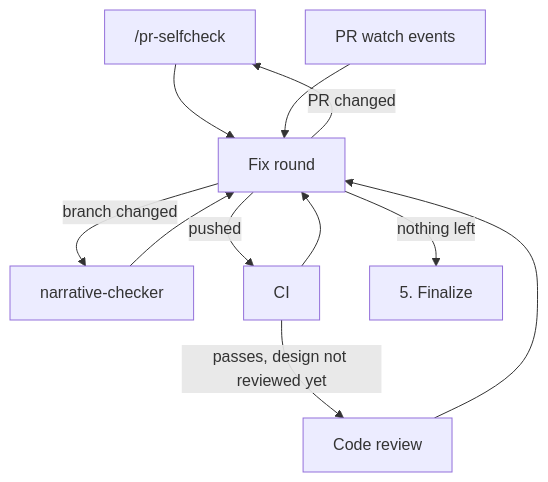
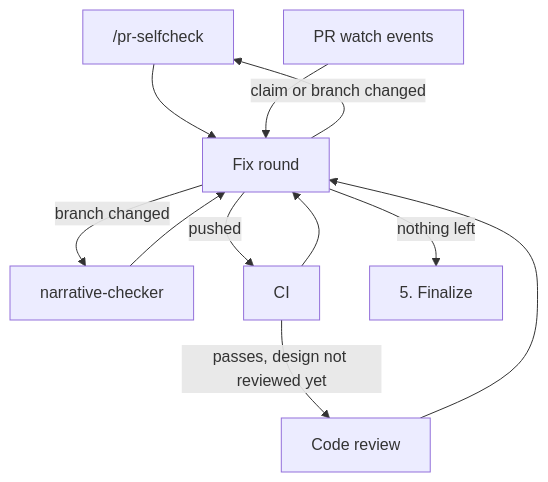
The second of 2 diagrams in claude/skills/git-workflow/SKILL.md (ikuwow/dotfiles), drawn with Mermaid before and after one commit. The commit also changed other lines of this file, not shown here.

First line of the commit message:
Re-run /pr-selfcheck only for a changed claim or branch, once per fix round (#549)

````diff
--- a/claude/skills/git-workflow/SKILL.md
+++ b/claude/skills/git-workflow/SKILL.md
@@ -188,20 +188,20 @@
 ```mermaid
 flowchart TD
     selfcheck["/pr-selfcheck"]
     narrative["narrative-checker"]
     ci["CI"]
     review["Code review"]
     events["PR watch events"]
     round["Fix round"]
 
     ci -- "passes, design not reviewed yet" --> review
     selfcheck --> round
     narrative --> round
     ci --> round
     review --> round
     events --> round
-    round -- "PR changed" --> selfcheck
+    round -- "claim or branch changed" --> selfcheck
     round -- "branch changed" --> narrative
     round -- "pushed" --> ci
     round -- "nothing left" --> finalize["5. Finalize"]
 ```
````
